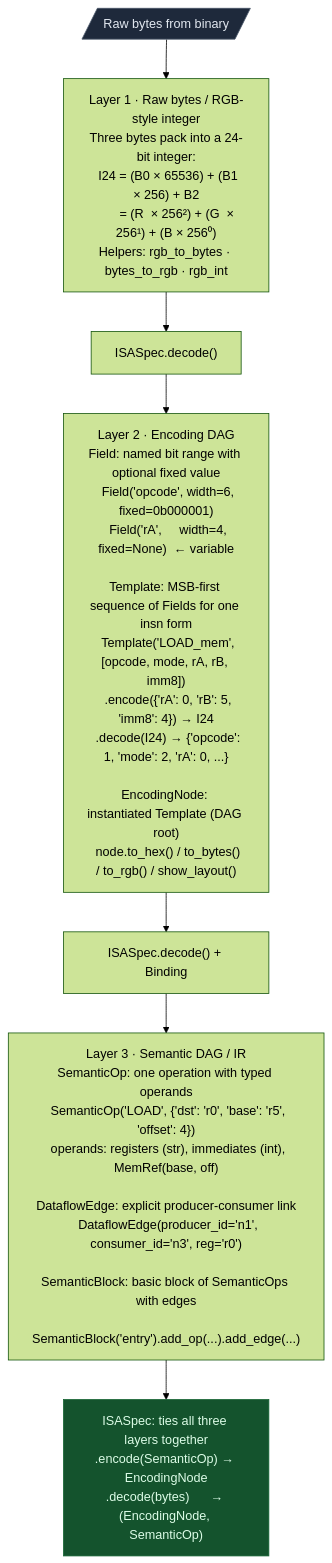
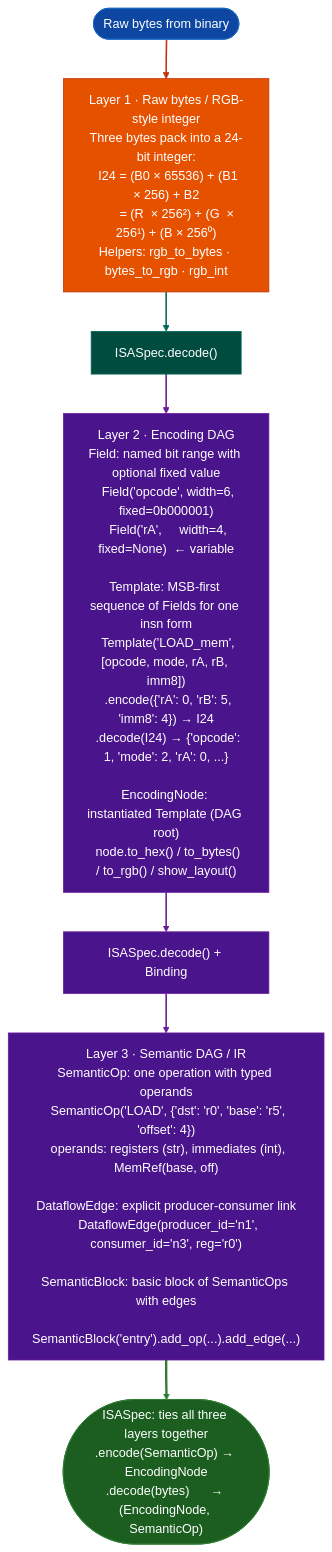
The first of 2 diagrams in docs/reference-modules/encoding-dag.md (Ablation-Tool/ablation), drawn with Mermaid (forest theme) before and after one commit. The commit also changed other lines of this file and 320 other files, not shown here.

First line of the commit message:
docs: apply canonical Mermaid template to all 321 diagrams

````diff
--- a/docs/reference-modules/encoding-dag.md
+++ b/docs/reference-modules/encoding-dag.md
@@ -55,17 +55,26 @@
 ```mermaid
 flowchart TD
-    A[/"Raw bytes from binary"/] --> B["Layer 1 · Raw bytes / RGB-style integer\nThree bytes pack into a 24-bit integer:\n  I24 = (B0 × 65536) + (B1 × 256) + B2\n       = (R  × 256²) + (G  × 256¹) + (B × 256⁰)\nHelpers: rgb_to_bytes · bytes_to_rgb · rgb_int"]
+    A(["Raw bytes from binary"]):::input --> B["Layer 1 · Raw bytes / RGB-style integer\nThree bytes pack into a 24-bit integer:\n  I24 = (B0 × 65536) + (B1 × 256) + B2\n       = (R  × 256²) + (G  × 256¹) + (B × 256⁰)\nHelpers: rgb_to_bytes · bytes_to_rgb · rgb_int"]:::primary
 
-    B --> C["ISASpec.decode()"]
+    B:::primary --> C["ISASpec.decode()"]:::secondary
 
-    C --> D["Layer 2 · Encoding DAG\nField: named bit range with optional fixed value\n  Field('opcode', width=6, fixed=0b000001)\n  Field('rA',     width=4, fixed=None)  ← variable\n\nTemplate: MSB-first sequence of Fields for one insn form\n  Template('LOAD_mem', [opcode, mode, rA, rB, imm8])\n  .encode({'rA': 0, 'rB': 5, 'imm8': 4}) → I24\n  .decode(I24) → {'opcode': 1, 'mode': 2, 'rA': 0, ...}\n\nEncodingNode: instantiated Template (DAG root)\n  node.to_hex() / to_bytes() / to_rgb() / show_layout()"]
+    C:::secondary --> D["Layer 2 · Encoding DAG\nField: named bit range with optional fixed value\n  Field('opcode', width=6, fixed=0b000001)\n  Field('rA',     width=4, fixed=None)  ← variable\n\nTemplate: MSB-first sequence of Fields for one insn form\n  Template('LOAD_mem', [opcode, mode, rA, rB, imm8])\n  .encode({'rA': 0, 'rB': 5, 'imm8': 4}) → I24\n  .decode(I24) → {'opcode': 1, 'mode': 2, 'rA': 0, ...}\n\nEncodingNode: instantiated Template (DAG root)\n  node.to_hex() / to_bytes() / to_rgb() / show_layout()"]:::tertiary
 
-    D --> E["ISASpec.decode() + Binding"]
+    D:::tertiary --> E["ISASpec.decode() + Binding"]:::tertiary
 
-    E --> F["Layer 3 · Semantic DAG / IR\nSemanticOp: one operation with typed operands\n  SemanticOp('LOAD', {'dst': 'r0', 'base': 'r5', 'offset': 4})\n  operands: registers (str), immediates (int), MemRef(base, off)\n\nDataflowEdge: explicit producer-consumer link\n  DataflowEdge(producer_id='n1', consumer_id='n3', reg='r0')\n\nSemanticBlock: basic block of SemanticOps with edges\n  SemanticBlock('entry').add_op(...).add_edge(...)"]
+    E:::tertiary --> F["Layer 3 · Semantic DAG / IR\nSemanticOp: one operation with typed operands\n  SemanticOp('LOAD', {'dst': 'r0', 'base': 'r5', 'offset': 4})\n  operands: registers (str), immediates (int), MemRef(base, off)\n\nDataflowEdge: explicit producer-consumer link\n  DataflowEdge(producer_id='n1', consumer_id='n3', reg='r0')\n\nSemanticBlock: basic block of SemanticOps with edges\n  SemanticBlock('entry').add_op(...).add_edge(...)"]:::tertiary
 
-    F --> G["ISASpec: ties all three layers together\n.encode(SemanticOp) → EncodingNode\n.decode(bytes)      → (EncodingNode, SemanticOp)"]
-
-    style A fill:#1e293b,stroke:#475569,color:#e2e8f0
-    style G fill:#14532d,stroke:#166534,color:#dcfce7
+    F:::tertiary --> G(["ISASpec: ties all three layers together\n.encode(SemanticOp) → EncodingNode\n.decode(bytes)      → (EncodingNode, SemanticOp)"]):::output
+    classDef input     fill:#0d47a1,stroke:#1565c0,color:#fff
+    classDef primary   fill:#e65100,stroke:#bf360c,color:#fff
+    classDef secondary fill:#004d40,stroke:#00695c,color:#fff
+    classDef tertiary  fill:#4a148c,stroke:#6a1b9a,color:#fff
+    classDef neutral   fill:#37474f,stroke:#546e7a,color:#fff
+    classDef output    fill:#1b5e20,stroke:#2e7d32,color:#fff
+    linkStyle 0 stroke:#bf360c,stroke-width:2px
+    linkStyle 1 stroke:#00695c,stroke-width:2px
+    linkStyle 2 stroke:#6a1b9a,stroke-width:2px
+    linkStyle 3 stroke:#6a1b9a,stroke-width:2px
+    linkStyle 4 stroke:#6a1b9a,stroke-width:2px
+    linkStyle 5 stroke:#2e7d32,stroke-width:3px
 ```
````
